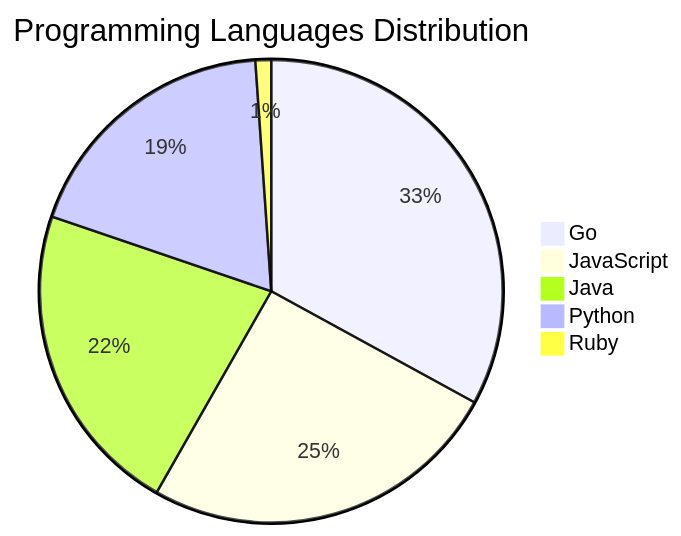
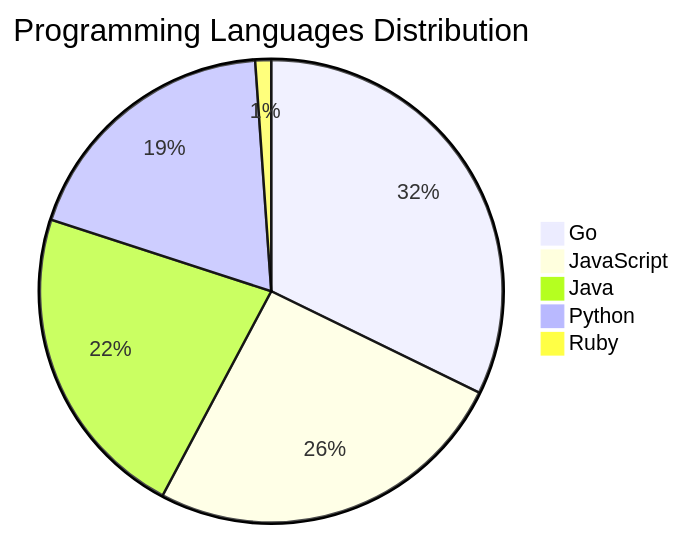
The diagram in README.md (Derrick-MUGISHA/github-activity-bot), drawn with Mermaid before and after one commit. The commit also changed other lines of this file and 3 other files, not shown here.

````diff
--- a/README.md
+++ b/README.md
@@ -71,8 +71,8 @@
 ```mermaid
 pie title Programming Languages Distribution
-    "Go" : 30
+    "Go" : 29
     "JavaScript" : 23
     "Java" : 20
     "Python" : 17
     "Ruby" : 1
 ```
````
